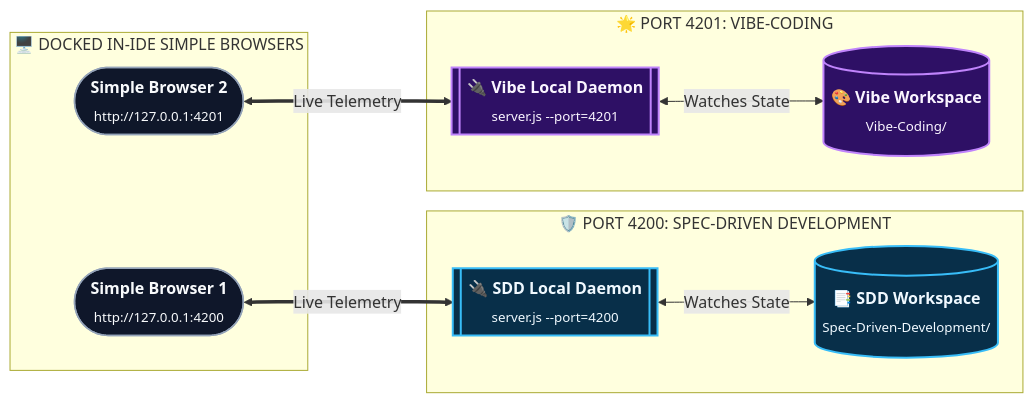
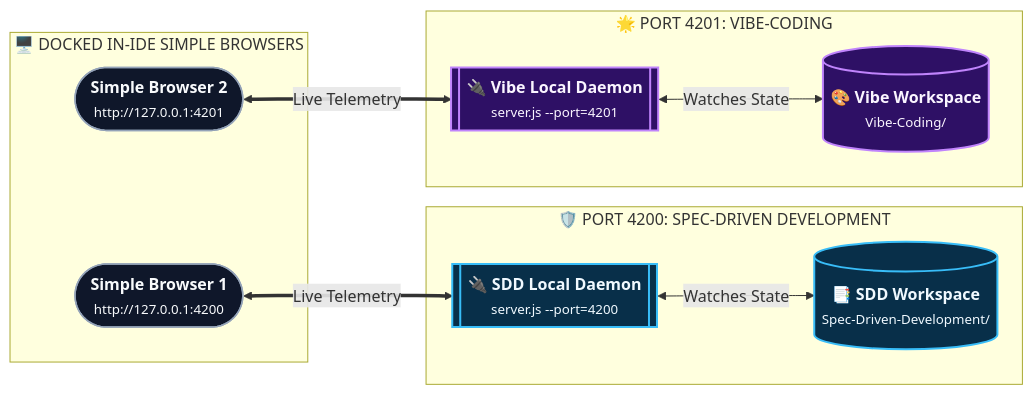
The second of 5 diagrams in PROJECT-MANAGER-DASHBOARD-GUIDE.md (rmsofficialsyt/Agentic-AI-Vibe-Coding-AND-SDD-TDD-Codebase-Chandan-Adhikary), drawn with Mermaid before and after one commit. The commit also changed other lines of this file and 27 other files, not shown here.

Commit message:
docs: resolve text overlap and scattering across all diagrams via semantic typography and layout contracts

````diff
--- a/PROJECT-MANAGER-DASHBOARD-GUIDE.md
+++ b/PROJECT-MANAGER-DASHBOARD-GUIDE.md
@@ -71,26 +71,26 @@
 ```mermaid
 flowchart LR
     classDef sdd fill:#082f49,stroke:#38bdf8,stroke-width:2px,color:#f0f9ff;
     classDef vibe fill:#2e1065,stroke:#c084fc,stroke-width:2px,color:#faf5ff;
     classDef client fill:#0f172a,stroke:#94a3b8,stroke-width:1.5px,color:#f8fafc;
 
     subgraph SDDInstance ["🛡️ PORT 4200: SPEC-DRIVEN DEVELOPMENT"]
-        SDDServer[["<b>🔌 SDD Local Daemon</b><br/><sub>server.js --port=4200</sub>"]]:::sdd
-        SDDTarget[("<b>📑 SDD Workspace</b><br/><sub>Spec-Driven-Development/</sub>")]:::sdd
+        SDDServer[["<b>🔌 SDD Local Daemon</b><br/><small>server.js --port=4200</small>"]]:::sdd
+        SDDTarget[("<b>📑 SDD Workspace</b><br/><small>Spec-Driven-Development/</small>")]:::sdd
     end
 
     subgraph VibeInstance ["🌟 PORT 4201: VIBE-CODING"]
-        VibeServer[["<b>🔌 Vibe Local Daemon</b><br/><sub>server.js --port=4201</sub>"]]:::vibe
-        VibeTarget[("<b>🎨 Vibe Workspace</b><br/><sub>Vibe-Coding/</sub>")]:::vibe
+        VibeServer[["<b>🔌 Vibe Local Daemon</b><br/><small>server.js --port=4201</small>"]]:::vibe
+        VibeTarget[("<b>🎨 Vibe Workspace</b><br/><small>Vibe-Coding/</small>")]:::vibe
     end
 
     subgraph BrowserClient ["🖥️ DOCKED IN-IDE SIMPLE BROWSERS"]
-        Client1(["<b>Simple Browser 1</b><br/><sub>http://127.0.0.1:4200</sub>"]):::client
-        Client2(["<b>Simple Browser 2</b><br/><sub>http://127.0.0.1:4201</sub>"]):::client
+        Client1(["<b>Simple Browser 1</b><br/><small>http://127.0.0.1:4200</small>"]):::client
+        Client2(["<b>Simple Browser 2</b><br/><small>http://127.0.0.1:4201</small>"]):::client
     end
 
     SDDServer <-->|"Watches State"| SDDTarget
     VibeServer <-->|"Watches State"| VibeTarget
     Client1 <==>|"Live Telemetry"| SDDServer
     Client2 <==>|"Live Telemetry"| VibeServer
 ```
````
